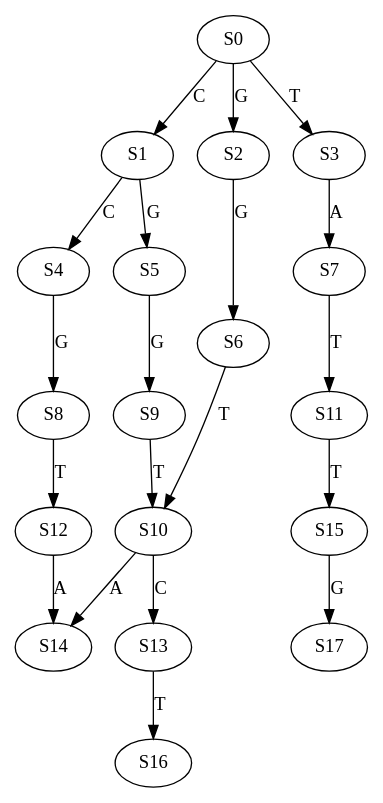
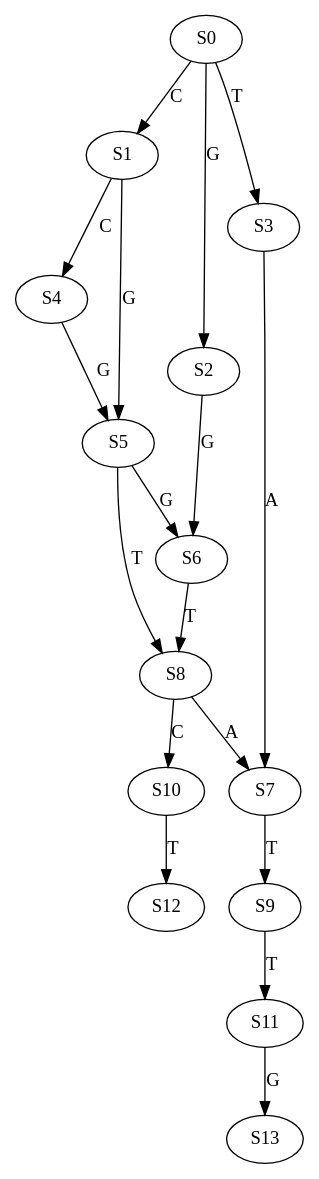
One commit to Kuanhao-Chao/Wheeler_Graph_Toolkit changed the diagram in data/graph/GT_vs_WGT/DeBruijnG_DNA/Human_CLPX_orthologues_DNA_k_3_l_5_a_4.dot. Above: the diagram before and after it, drawn with Graphviz. The commit also changed 1989 other files, not shown here.

Commit message:
Add non-collapsed De Bruijn Graph

```diff
--- a/data/graph/GT_vs_WGT/DeBruijnG_DNA/Human_CLPX_orthologues_DNA_k_3_l_5_a_4.dot
+++ b/data/graph/GT_vs_WGT/DeBruijnG_DNA/Human_CLPX_orthologues_DNA_k_3_l_5_a_4.dot
@@ -1,21 +1,19 @@
 strict digraph  {
 	S0 -> S1 [ label = C ];
 	S0 -> S2 [ label = G ];
 	S0 -> S3 [ label = T ];
 	S1 -> S4 [ label = C ];
 	S1 -> S5 [ label = G ];
 	S2 -> S6 [ label = G ];
 	S3 -> S7 [ label = A ];
-	S4 -> S8 [ label = G ];
-	S5 -> S9 [ label = G ];
-	S6 -> S10 [ label = T ];
-	S7 -> S11 [ label = T ];
-	S8 -> S12 [ label = T ];
-	S9 -> S10 [ label = T ];
-	S10 -> S13 [ label = C ];
-	S10 -> S14 [ label = A ];
-	S11 -> S15 [ label = T ];
-	S12 -> S14 [ label = A ];
-	S13 -> S16 [ label = T ];
-	S15 -> S17 [ label = G ];
+	S4 -> S5 [ label = G ];
+	S5 -> S8 [ label = T ];
+	S5 -> S6 [ label = G ];
+	S6 -> S8 [ label = T ];
+	S7 -> S9 [ label = T ];
+	S8 -> S7 [ label = A ];
+	S8 -> S10 [ label = C ];
+	S9 -> S11 [ label = T ];
+	S10 -> S12 [ label = T ];
+	S11 -> S13 [ label = G ];
 }
```
